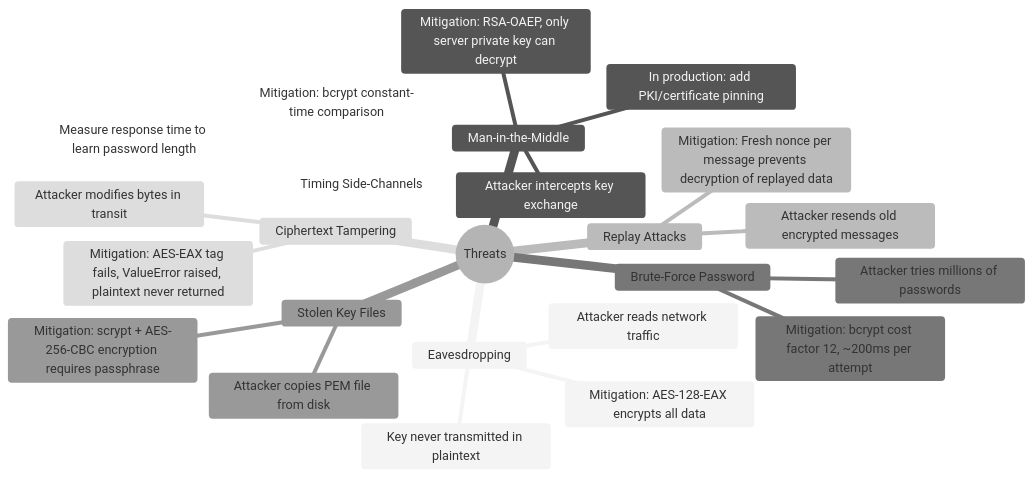
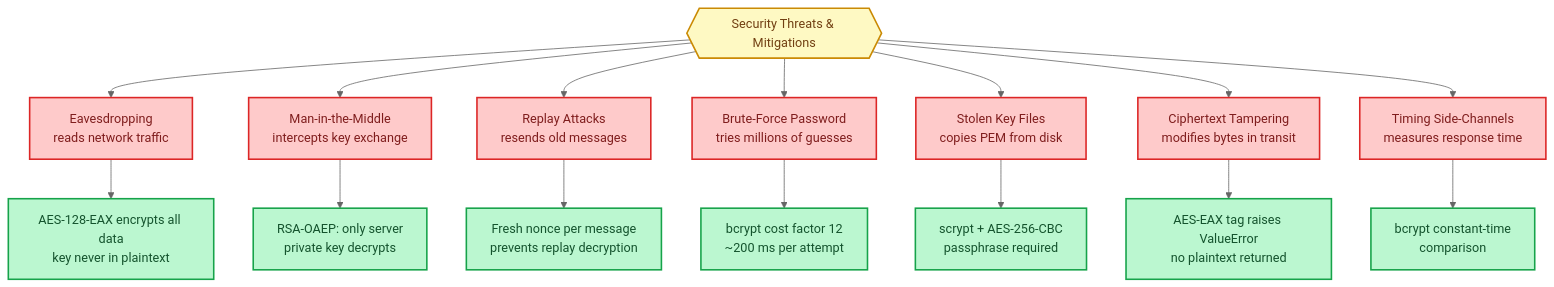
One commit to HeshamAfandi/Secure-Communication-System changed the eighth of 14 diagrams in PROJECT_DOCUMENTATION.md. Above: the diagram before and after it, drawn with Mermaid (neutral theme). The commit also changed other lines of this file, not shown here.

````diff
--- a/PROJECT_DOCUMENTATION.md
+++ b/PROJECT_DOCUMENTATION.md
@@ -730,27 +777,36 @@
 ```mermaid
-mindmap
-  root((Threats))
-    Eavesdropping
-      Attacker reads network traffic
-      Mitigation: AES-128-EAX encrypts all data
-      Key never transmitted in plaintext
-    Man-in-the-Middle
-      Attacker intercepts key exchange
-      Mitigation: RSA-OAEP, only server private key can decrypt
-      In production: add PKI/certificate pinning
-    Replay Attacks
-      Attacker resends old encrypted messages
-      Mitigation: Fresh nonce per message prevents decryption of replayed data
-    Brute-Force Password
-      Attacker tries millions of passwords
-      Mitigation: bcrypt cost factor 12, ~200ms per attempt
-    Stolen Key Files
-      Attacker copies PEM file from disk
-      Mitigation: scrypt + AES-256-CBC encryption requires passphrase
-    Ciphertext Tampering
-      Attacker modifies bytes in transit
-      Mitigation: AES-EAX tag fails, ValueError raised, plaintext never returned
-    Timing Side-Channels
-      Measure response time to learn password length
-      Mitigation: bcrypt constant-time comparison
+graph TB
+    ROOT{{"Security Threats & Mitigations"}}
+
+    ROOT --> T1["Eavesdropping<br/>reads network traffic"]
+    ROOT --> T2["Man-in-the-Middle<br/>intercepts key exchange"]
+    ROOT --> T3["Replay Attacks<br/>resends old messages"]
+    ROOT --> T4["Brute-Force Password<br/>tries millions of guesses"]
+    ROOT --> T5["Stolen Key Files<br/>copies PEM from disk"]
+    ROOT --> T6["Ciphertext Tampering<br/>modifies bytes in transit"]
+    ROOT --> T7["Timing Side-Channels<br/>measures response time"]
+
+    T1 --> M1["AES-128-EAX encrypts all data<br/>key never in plaintext"]
+    T2 --> M2["RSA-OAEP: only server<br/>private key decrypts"]
+    T3 --> M3["Fresh nonce per message<br/>prevents replay decryption"]
+    T4 --> M4["bcrypt cost factor 12<br/>~200 ms per attempt"]
+    T5 --> M5["scrypt + AES-256-CBC<br/>passphrase required"]
+    T6 --> M6["AES-EAX tag raises ValueError<br/>no plaintext returned"]
+    T7 --> M7["bcrypt constant-time<br/>comparison"]
+
+    style ROOT fill:#fef9c3,stroke:#ca8a04,stroke-width:2px,color:#713f12
+    style T1 fill:#fecaca,stroke:#dc2626,stroke-width:2px,color:#7f1d1d
+    style T2 fill:#fecaca,stroke:#dc2626,stroke-width:2px,color:#7f1d1d
+    style T3 fill:#fecaca,stroke:#dc2626,stroke-width:2px,color:#7f1d1d
+    style T4 fill:#fecaca,stroke:#dc2626,stroke-width:2px,color:#7f1d1d
+    style T5 fill:#fecaca,stroke:#dc2626,stroke-width:2px,color:#7f1d1d
+    style T6 fill:#fecaca,stroke:#dc2626,stroke-width:2px,color:#7f1d1d
+    style T7 fill:#fecaca,stroke:#dc2626,stroke-width:2px,color:#7f1d1d
+    style M1 fill:#bbf7d0,stroke:#16a34a,stroke-width:2px,color:#14532d
+    style M2 fill:#bbf7d0,stroke:#16a34a,stroke-width:2px,color:#14532d
+    style M3 fill:#bbf7d0,stroke:#16a34a,stroke-width:2px,color:#14532d
+    style M4 fill:#bbf7d0,stroke:#16a34a,stroke-width:2px,color:#14532d
+    style M5 fill:#bbf7d0,stroke:#16a34a,stroke-width:2px,color:#14532d
+    style M6 fill:#bbf7d0,stroke:#16a34a,stroke-width:2px,color:#14532d
+    style M7 fill:#bbf7d0,stroke:#16a34a,stroke-width:2px,color:#14532d
 ```
````
